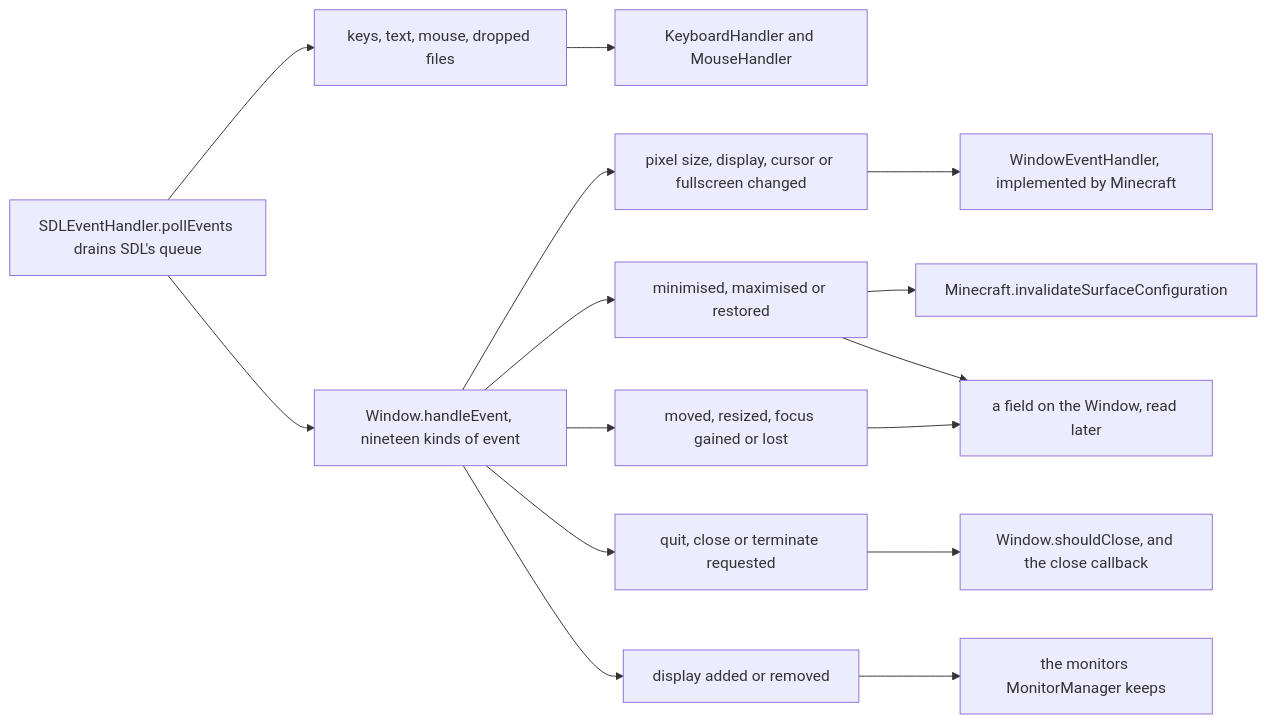
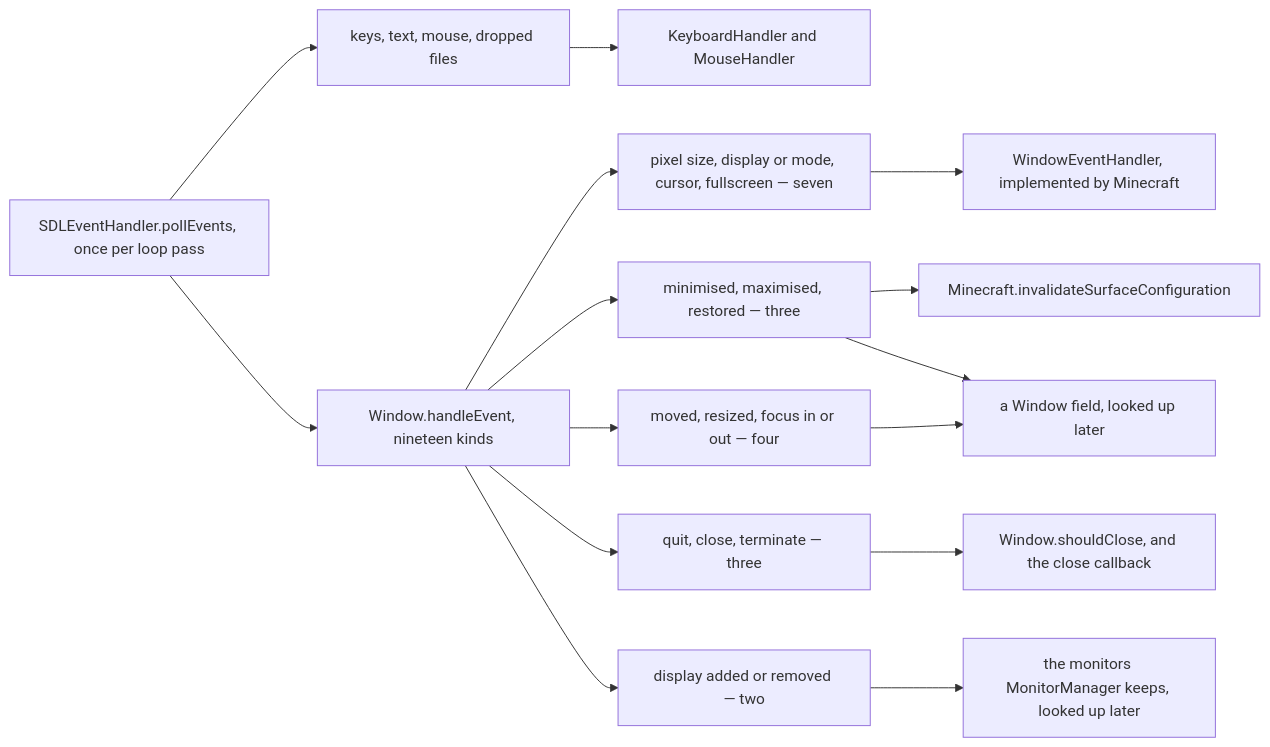
One commit to AlexanderjFraser/MinecraftDocs changed the second of 2 diagrams in src/systems/rendering/the-window.md. Above: the diagram before and after it, drawn with Mermaid. The commit also changed other lines of this file and 18 other files, not shown here.

````diff
--- a/src/systems/rendering/the-window.md
+++ b/src/systems/rendering/the-window.md
@@ -154,25 +163,25 @@
 ```mermaid
 flowchart LR
-    SEH["SDLEventHandler.pollEvents drains SDL's queue"]
+    SEH["SDLEventHandler.pollEvents, once per loop pass"]
     IN["keys, text, mouse, dropped files"]
     KMH["KeyboardHandler and MouseHandler"]
-    WHE["Window.handleEvent, nineteen kinds of event"]
-    TOLD["pixel size, display, cursor or fullscreen changed"]
+    WHE["Window.handleEvent, nineteen kinds"]
+    TOLD["pixel size, display or mode, cursor, fullscreen — seven"]
     WEH["WindowEventHandler, implemented by Minecraft"]
-    IC["minimised, maximised or restored"]
+    IC["minimised, maximised, restored — three"]
     MC["Minecraft.invalidateSurfaceConfiguration"]
-    QT["quit, close or terminate requested"]
+    QT["quit, close, terminate — three"]
     CB["Window.shouldClose, and the close callback"]
-    LOOK["moved, resized, focus gained or lost"]
-    W["a field on the Window, read later"]
-    DS["display added or removed"]
-    MM["the monitors MonitorManager keeps"]
+    LOOK["moved, resized, focus in or out — four"]
+    W["a Window field, looked up later"]
+    DS["display added or removed — two"]
+    MM["the monitors MonitorManager keeps, looked up later"]
     SEH --> IN --> KMH
     SEH --> WHE
     WHE --> TOLD --> WEH
     WHE --> IC --> MC
     IC --> W
     WHE --> QT --> CB
     WHE --> LOOK --> W
     WHE --> DS --> MM
 ```
````
